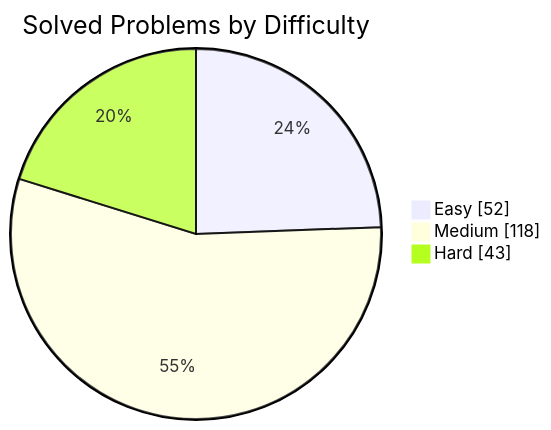
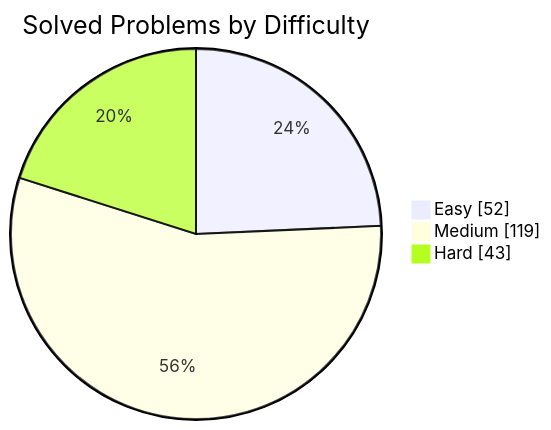
One commit to manikantbindass/DSA-Preparation-FAANG changed the first of 2 diagrams in README.md. Above: the diagram before and after it, drawn with Mermaid. The commit also changed other lines of this file and 1 other file, not shown here.

````diff
--- a/README.md
+++ b/README.md
@@ -40,7 +40,7 @@
 ```mermaid
 pie showData
     title Solved Problems by Difficulty
     "Easy" : 52
-    "Medium" : 118
+    "Medium" : 119
     "Hard" : 43
 ```
````
